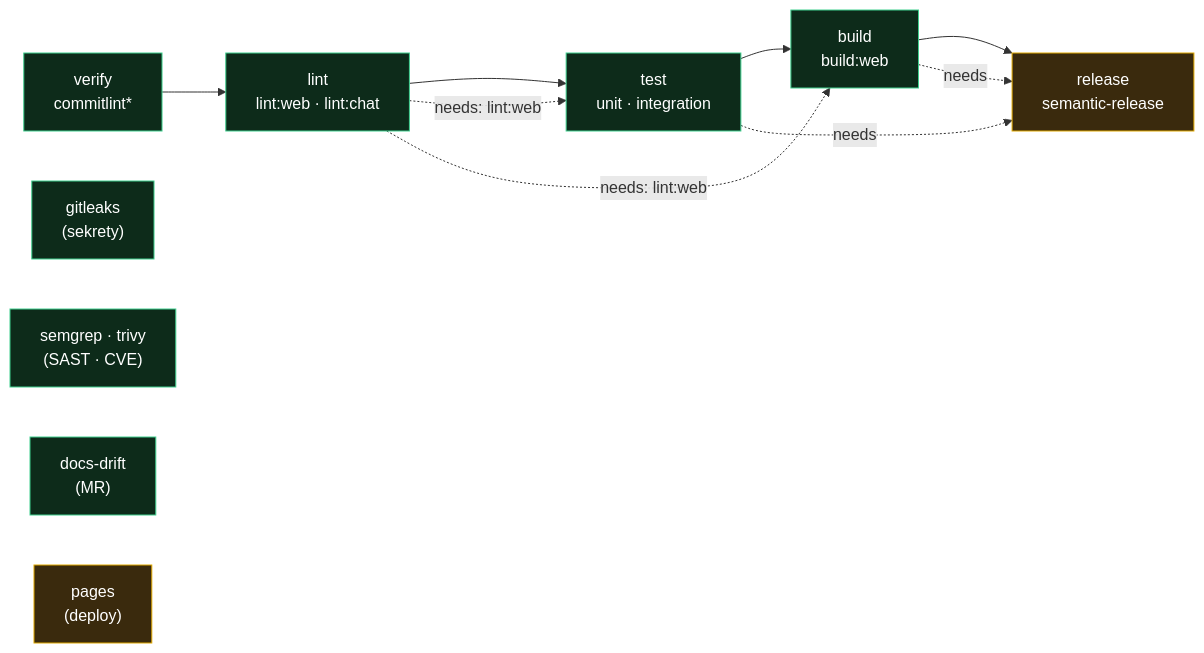
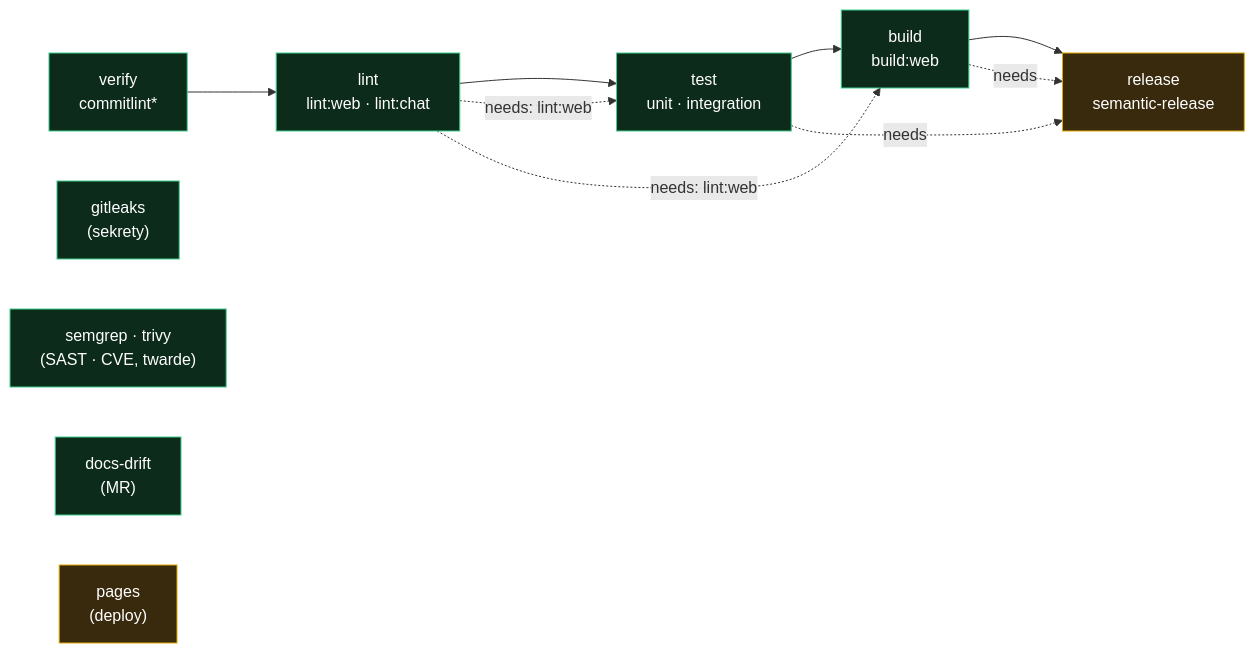
The diagram in docs/MAINTENANCE.md (Gh0s777tt/ghost-empire), drawn with Mermaid before and after one commit. The commit also changed other lines of this file, not shown here.

````diff
--- a/docs/MAINTENANCE.md
+++ b/docs/MAINTENANCE.md
@@ -48,21 +48,19 @@
 ```mermaid
 flowchart LR
   V["verify<br/>commitlint*"] --> L["lint<br/>lint:web · lint:chat"]
   L --> T["test<br/>unit · integration"]
   T --> B["build<br/>build:web"]
   B --> R["release<br/>semantic-release"]
   SG["gitleaks<br/>(sekrety)"]
-  SS["semgrep · trivy<br/>(twarde)"]
-
-  SS["semgrep · trivy<br/>(SAST · CVE)"]
+  SS["semgrep · trivy<br/>(SAST · CVE, twarde)"]
   DD["docs-drift<br/>(MR)"]
   DP["pages<br/>(deploy)"]
   L -.->|needs: lint:web| T
   L -.->|needs: lint:web| B
   T -.->|needs| R
   B -.->|needs| R
   classDef hard fill:#0d2b1a,stroke:#3fcf8e,color:#fff;
   classDef soft fill:#3a2a0d,stroke:#e0a800,color:#fff;
   class V,L,T,B,SG,SS,DD hard;
   class R,DP soft;
 ```
````
